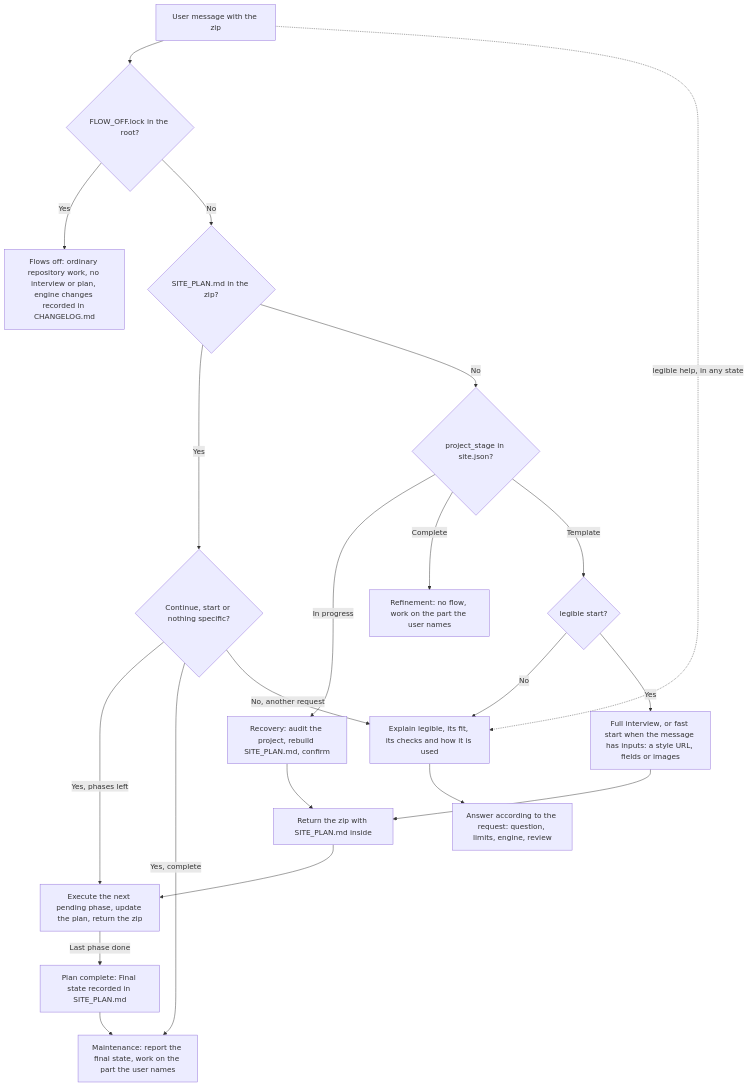
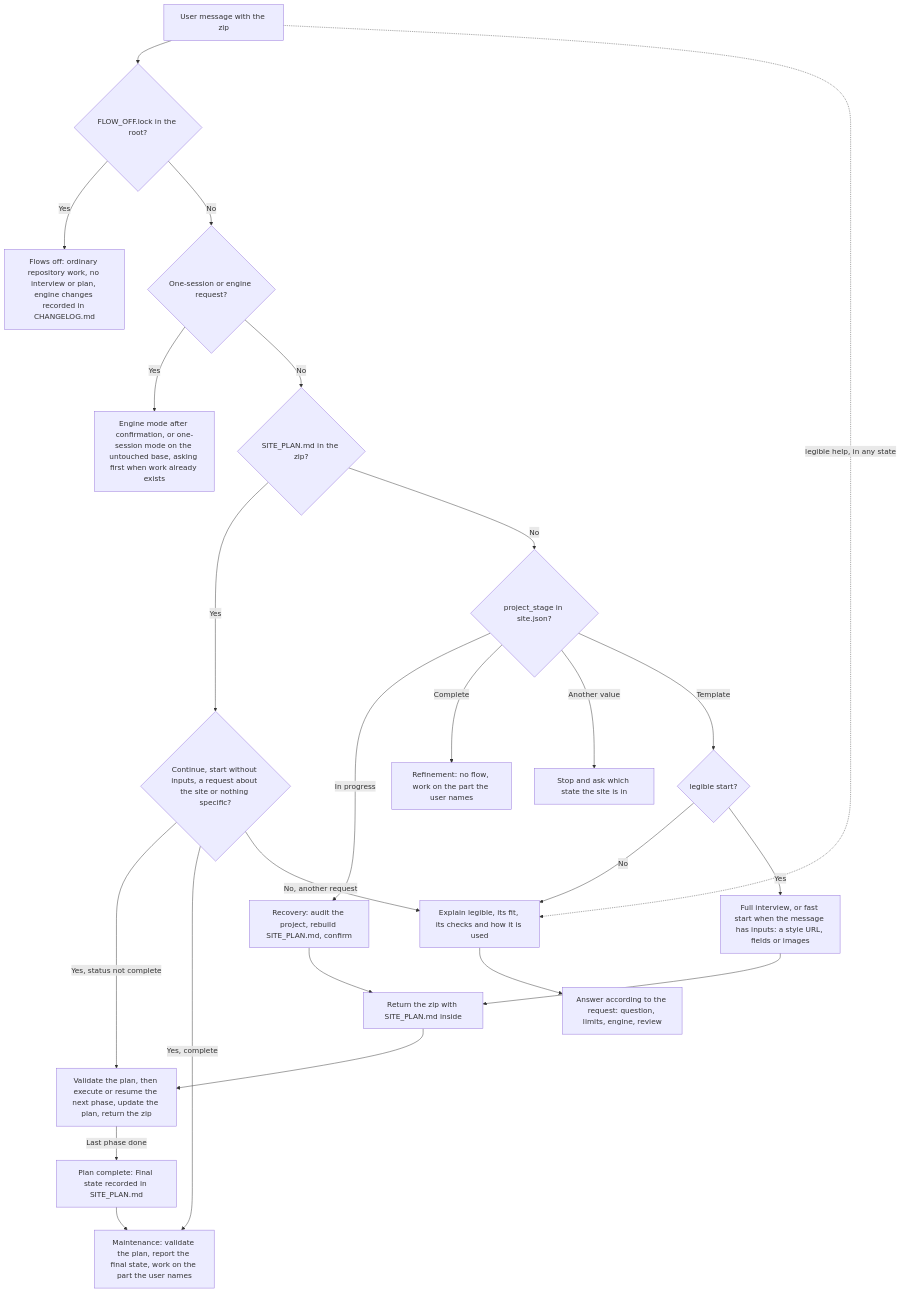
Before and after one commit to angelmaturana/legible: the second of 2 diagrams in DOCUMENTATION.md, drawn with Mermaid. The commit also changed other lines of this file and 4 other files, not shown here.

````diff
--- a/DOCUMENTATION.md
+++ b/DOCUMENTATION.md
@@ -386,23 +388,26 @@
 ```mermaid
 flowchart TD
     A[User message with the zip] --> L{FLOW_OFF.lock in the root?}
     L -->|Yes| N[Flows off: ordinary repository work, no interview or plan, engine changes recorded in CHANGELOG.md]
-    L -->|No| B{SITE_PLAN.md in the zip?}
+    L -->|No| P{One-session or engine request?}
     A -.->|legible help, in any state| C
-    B -->|Yes| K{Continue, start or nothing specific?}
-    K -->|Yes, phases left| H[Execute the next pending phase, update the plan, return the zip]
-    K -->|Yes, complete| I[Maintenance: report the final state, work on the part the user names]
+    P -->|Yes| W[Engine mode after confirmation, or one-session mode on the untouched base, asking first when work already exists]
+    P -->|No| B{SITE_PLAN.md in the zip?}
+    B -->|Yes| K{Continue, start without inputs, a request about the site or nothing specific?}
+    K -->|Yes, status not complete| H[Validate the plan, then execute or resume the next phase, update the plan, return the zip]
+    K -->|Yes, complete| I[Maintenance: validate the plan, report the final state, work on the part the user names]
     K -->|No, another request| C
     B -->|No| M{project_stage in site.json?}
     M -->|In progress| R[Recovery: audit the project, rebuild SITE_PLAN.md, confirm]
     R --> G
     M -->|Complete| Q[Refinement: no flow, work on the part the user names]
+    M -->|Another value| U[Stop and ask which state the site is in]
     M -->|Template| E{legible start?}
     E -->|No| C[Explain legible, its fit, its checks and how it is used]
     C --> D[Answer according to the request: question, limits, engine, review]
     E -->|Yes| F[Full interview, or fast start when the message has inputs: a style URL, fields or images]
     F --> G[Return the zip with SITE_PLAN.md inside]
     G --> H
     H -->|Last phase done| J[Plan complete: Final state recorded in SITE_PLAN.md]
     J --> I
 ```
````
